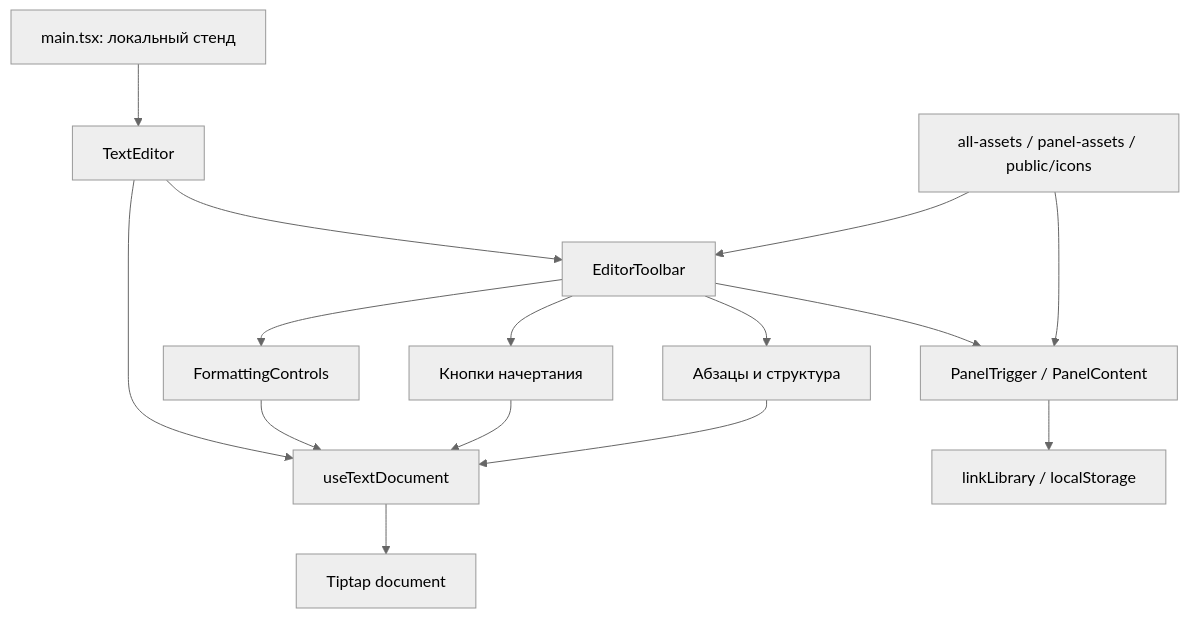
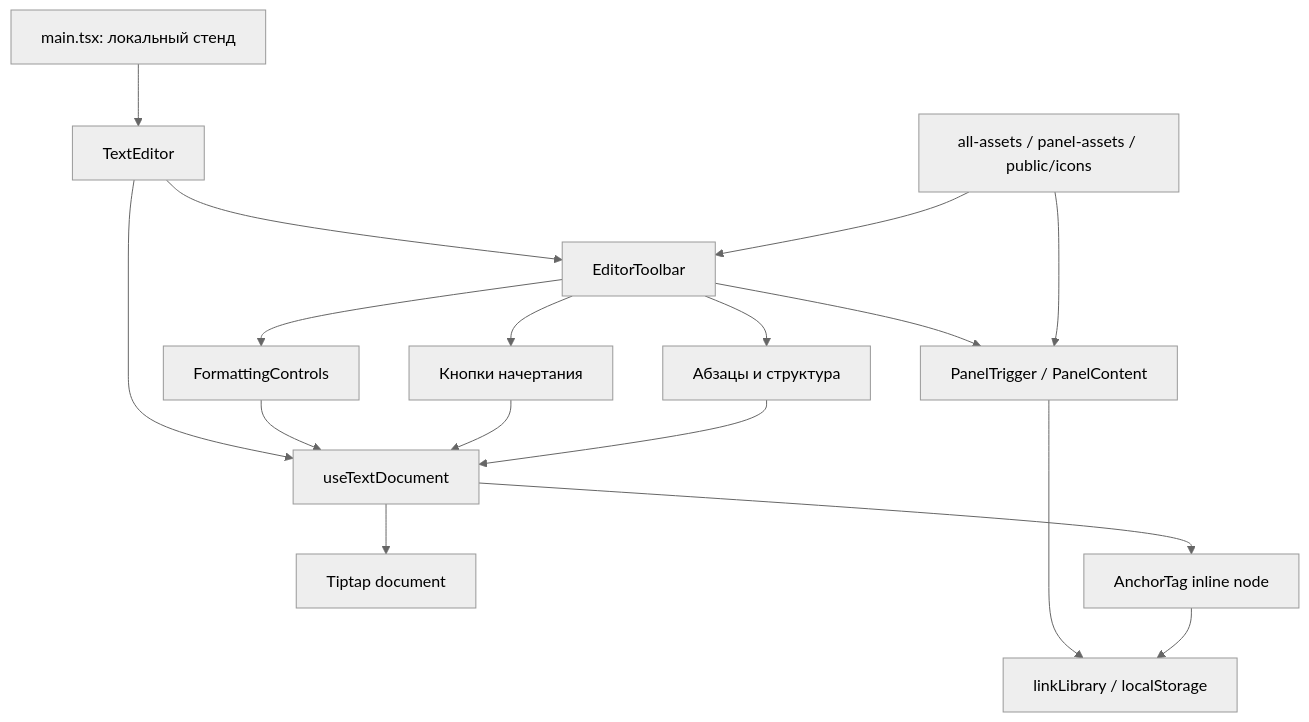
Before and after one commit to mishavorobyou-spec/b2b-text-editor: the diagram in Карта_Проекта.md, drawn with Mermaid (neutral theme). The commit also changed other lines of this file and 10 other files, not shown here.

````diff
--- a/Карта_Проекта.md
+++ b/Карта_Проекта.md
@@ -5,17 +5,19 @@
 ```mermaid
 flowchart TD
     Main[main.tsx: локальный стенд] --> Editor[TextEditor]
     Editor --> Toolbar[EditorToolbar]
     Editor --> Hook[useTextDocument]
     Hook --> Tiptap[Tiptap document]
+    Hook --> AnchorTag[AnchorTag inline node]
     Toolbar --> Formatting[FormattingControls]
     Toolbar --> Inline[Кнопки начертания]
     Toolbar --> Paragraphs[Абзацы и структура]
     Toolbar --> Panels[PanelTrigger / PanelContent]
     Panels --> Library[linkLibrary / localStorage]
+    AnchorTag --> Library
     Formatting --> Hook
     Inline --> Hook
     Paragraphs --> Hook
     Assets[all-assets / panel-assets / public/icons] --> Toolbar
     Assets --> Panels
 ```
````
